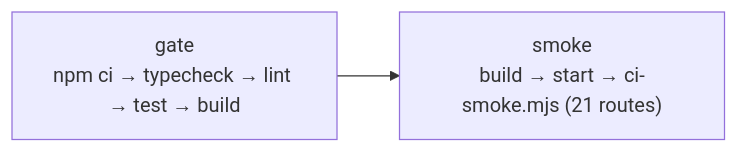
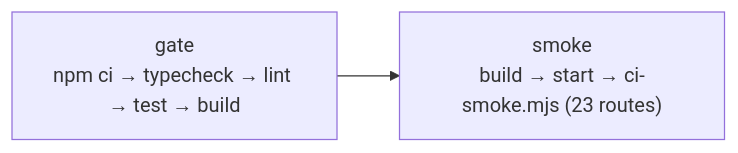
The diagram in docs/operations.md (lions-admin/lions-of-zion), drawn with Mermaid before and after one commit. The commit also changed other lines of this file and 37 other files, not shown here.

````diff
--- a/docs/operations.md
+++ b/docs/operations.md
@@ -205,4 +205,4 @@
 ```mermaid
 flowchart LR
-    G["gate<br/>npm ci → typecheck → lint → test → build"] --> S["smoke<br/>build → start → ci-smoke.mjs (21 routes)"]
+    G["gate<br/>npm ci → typecheck → lint → test → build"] --> S["smoke<br/>build → start → ci-smoke.mjs (23 routes)"]
 ```
````
